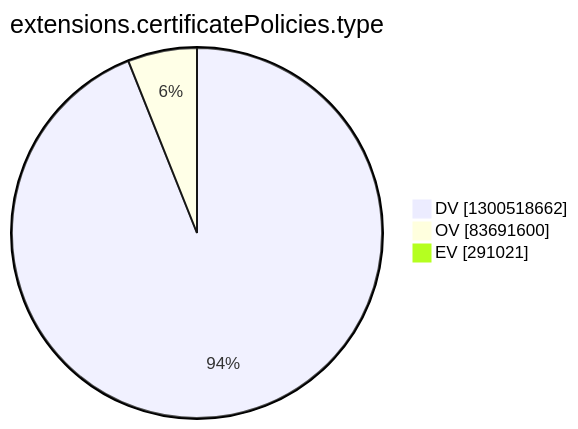
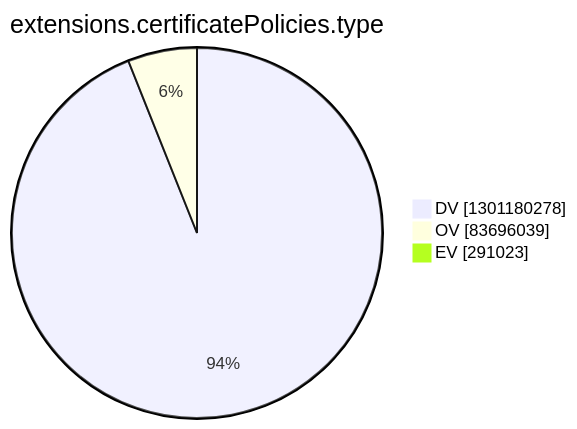
Before and after one commit to christiankrug/ctmonitor_visualization: the tenth of 15 diagrams in argon2022/README.md, drawn with Mermaid. The commit also changed other lines of this file, not shown here.

````diff
--- a/argon2022/README.md
+++ b/argon2022/README.md
@@ -2772,7 +2772,7 @@
 ```mermaid
 pie showData
 title extensions.certificatePolicies.type
-"DV" :1300518662
-"OV" :83691600
-"EV" :291021
+"DV" :1301180278
+"OV" :83696039
+"EV" :291023
 ```
````
